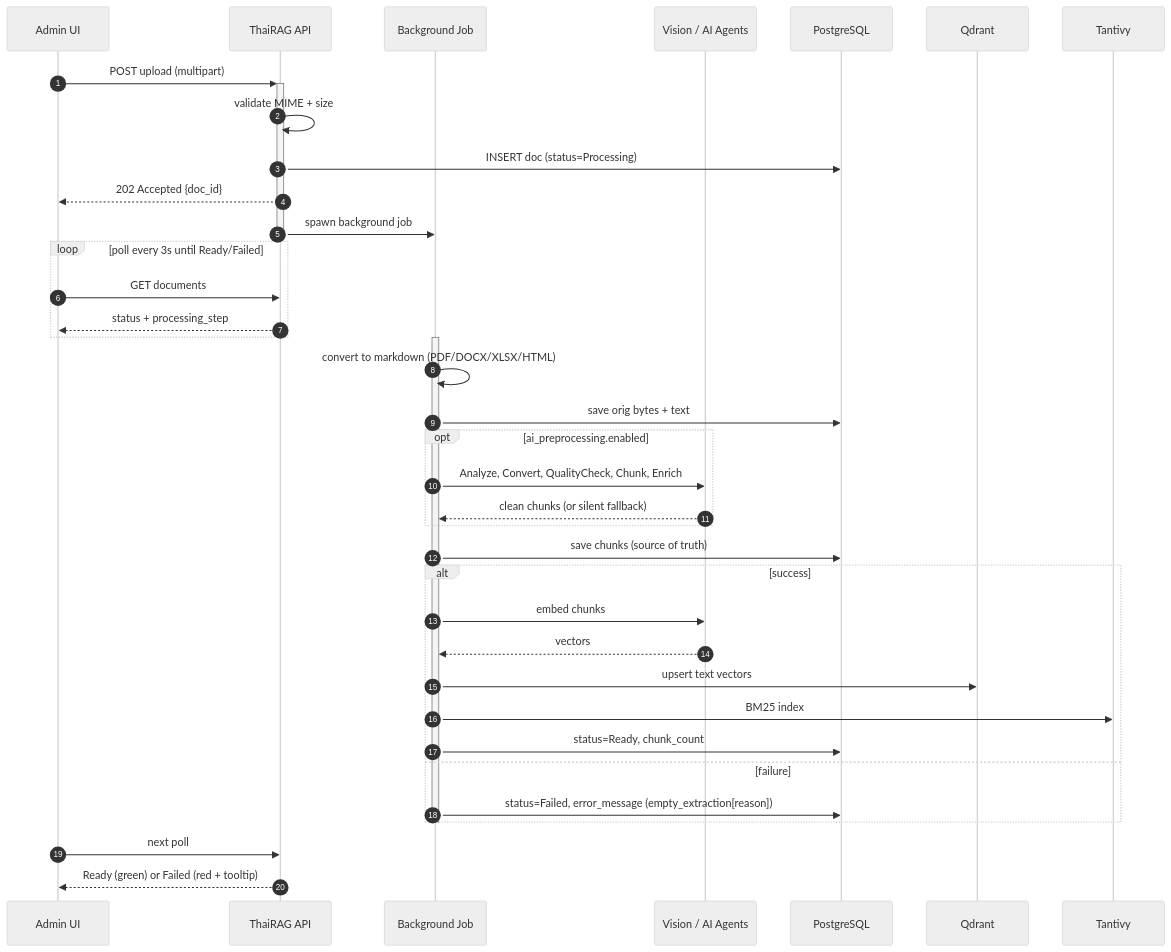
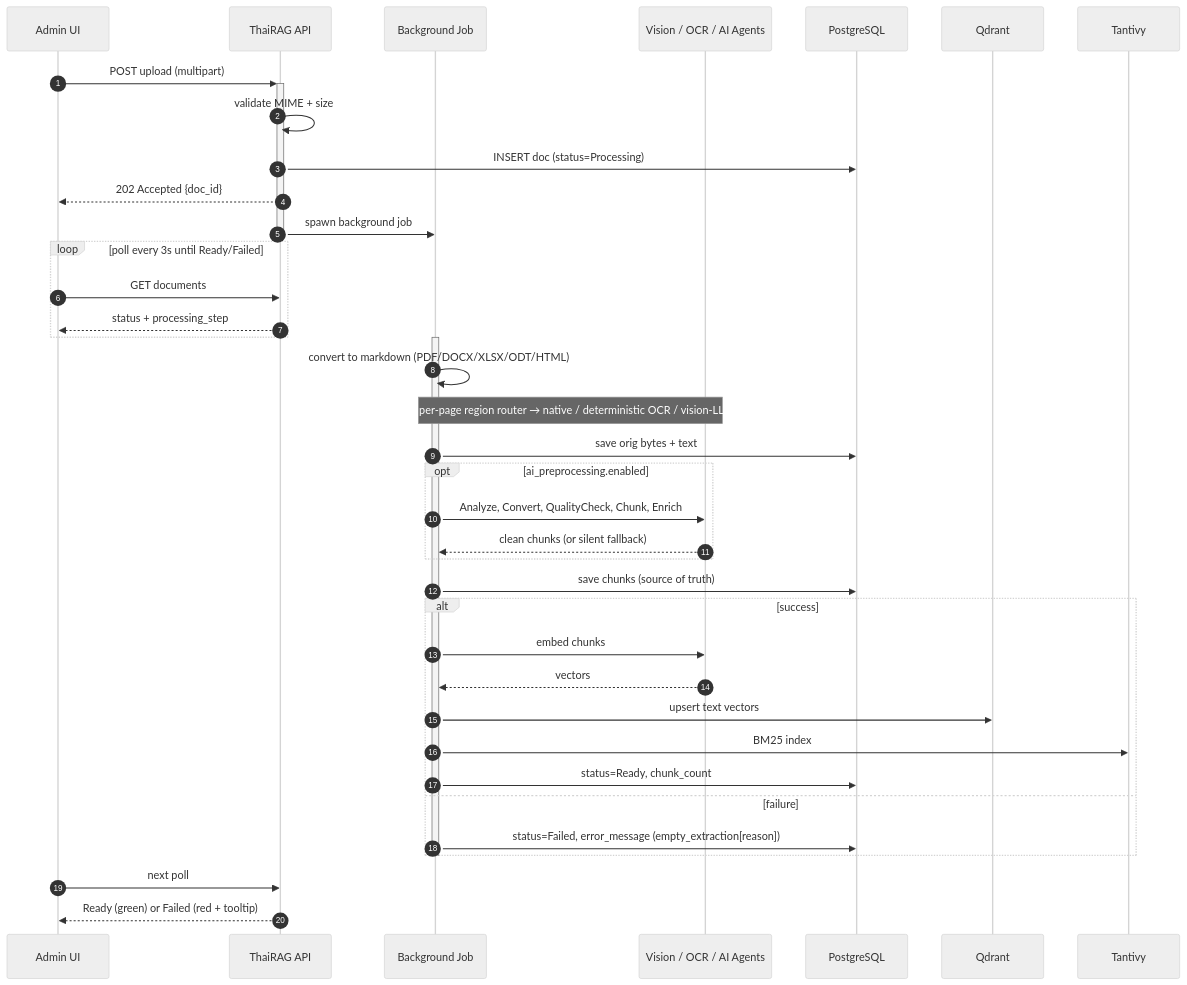
The first of 2 diagrams in docs/DOCUMENT_PROCESSING_FLOW.md (Jay-GitHubs/ThaiRAG), drawn with Mermaid (neutral theme) before and after one commit. The commit also changed other lines of this file and 15 other files, not shown here.

````diff
--- a/docs/DOCUMENT_PROCESSING_FLOW.md
+++ b/docs/DOCUMENT_PROCESSING_FLOW.md
@@ -11,48 +11,49 @@
 ```mermaid
 sequenceDiagram
     autonumber
     participant UI as Admin UI
     participant API as ThaiRAG API
     participant W as Background Job
-    participant AI as Vision / AI Agents
+    participant AI as Vision / OCR / AI Agents
     participant PG as PostgreSQL
     participant QD as Qdrant
     participant TV as Tantivy
 
     UI->>+API: POST upload (multipart)
     API->>API: validate MIME + size
     API->>PG: INSERT doc (status=Processing)
     API-->>UI: 202 Accepted {doc_id}
     API->>W: spawn background job
     deactivate API
 
     loop poll every 3s until Ready/Failed
         UI->>API: GET documents
         API-->>UI: status + processing_step
     end
 
     activate W
-    W->>W: convert to markdown (PDF/DOCX/XLSX/HTML)
+    W->>W: convert to markdown (PDF/DOCX/XLSX/ODT/HTML)
+    Note over W,AI: PDFs: per-page region router → native / deterministic OCR / vision-LLM tier
     W->>PG: save orig bytes + text
 
     opt ai_preprocessing.enabled
         W->>AI: Analyze, Convert, QualityCheck, Chunk, Enrich
         AI-->>W: clean chunks (or silent fallback)
     end
 
     W->>PG: save chunks (source of truth)
 
     alt success
         W->>AI: embed chunks
         AI-->>W: vectors
         W->>QD: upsert text vectors
         W->>TV: BM25 index
         W->>PG: status=Ready, chunk_count
     else failure
         W->>PG: status=Failed, error_message (empty_extraction[reason])
     end
     deactivate W
 
     UI->>API: next poll
     API-->>UI: Ready (green) or Failed (red + tooltip)
 ```
````
